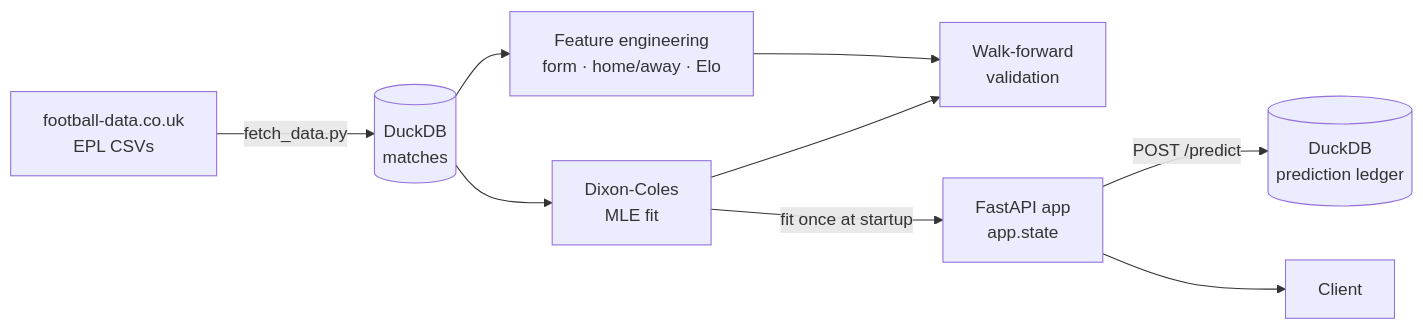
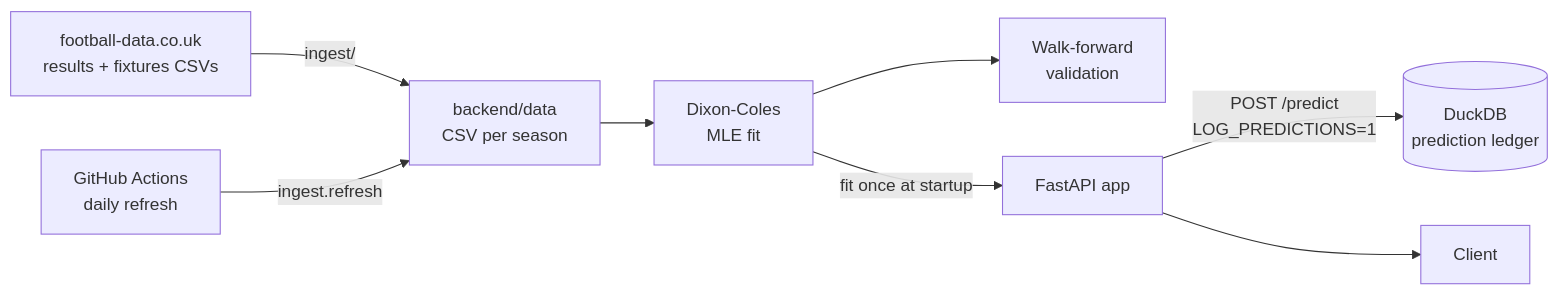
Before and after one commit to dgoumtsop/Soccer-Predictor: the diagram in README.md, drawn with Mermaid. The commit also changed other lines of this file, not shown here.

````diff
--- a/README.md
+++ b/README.md
@@ -44,11 +45,10 @@
 ```mermaid
 flowchart LR
-    A[football-data.co.uk<br/>EPL CSVs] -->|fetch_data.py| B[(DuckDB<br/>matches)]
+    A[football-data.co.uk<br/>results + fixtures CSVs] -->|ingest/| B[backend/data<br/>CSV per season]
+    GH[GitHub Actions<br/>daily refresh] -->|ingest.refresh| B
     B --> C[Dixon-Coles<br/>MLE fit]
-    B --> D[Feature engineering<br/>form · home/away · Elo]
     C --> E[Walk-forward<br/>validation]
-    D --> E
-    C -->|fit once at startup| F[FastAPI app<br/>app.state]
-    F -->|POST /predict| G[(DuckDB<br/>prediction ledger)]
+    C -->|fit once at startup| F[FastAPI app]
+    F -->|POST /predict<br/>LOG_PREDICTIONS=1| G[(DuckDB<br/>prediction ledger)]
     F --> H[Client]
 ```
````
